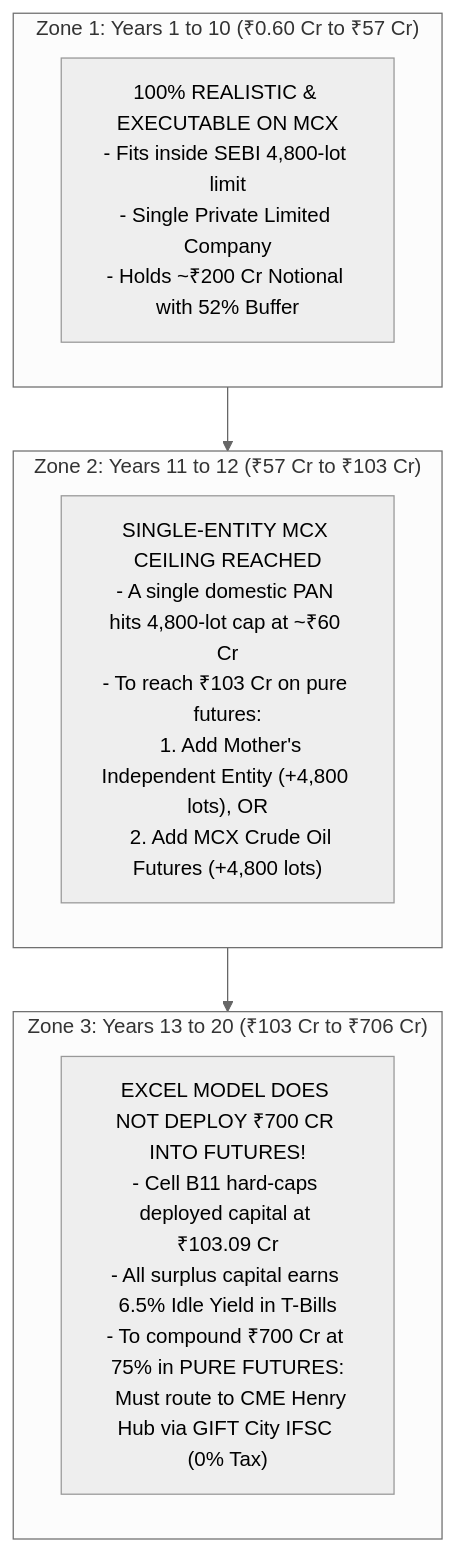
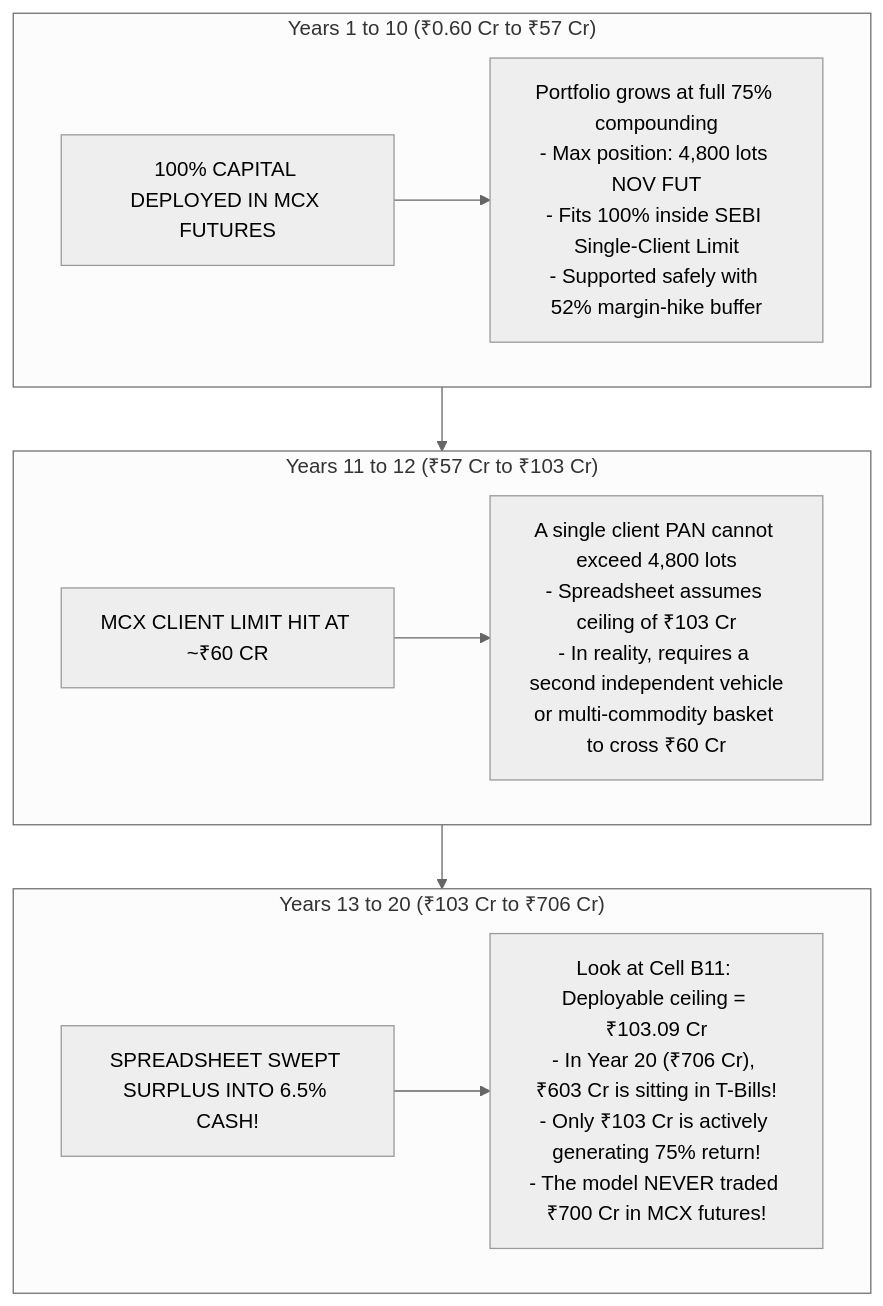
One commit to yieldchaser/mcx-margins changed the second of 10 diagrams in models/execution_and_tax_validation_plan.md. Above: the diagram before and after it, drawn with Mermaid (neutral theme). The commit also changed other lines of this file, not shown here.

Commit message:
docs(models): add visual charts, AIF vs Prop TM comparison, and 3-day execution schedule

````diff
--- a/models/execution_and_tax_validation_plan.md
+++ b/models/execution_and_tax_validation_plan.md
@@ -42,16 +20,16 @@
 ```mermaid
 flowchart TD
-    subgraph Zone1["Zone 1: Years 1 to 10 (₹0.60 Cr to ₹57 Cr)"]
-        Z1["100% REALISTIC & EXECUTABLE ON MCX\n- Fits inside SEBI 4,800-lot limit\n- Single Private Limited Company\n- Holds ~₹200 Cr Notional with 52% Buffer"]
+    subgraph S1["Years 1 to 10 (₹0.60 Cr to ₹57 Cr)"]
+        A1["100% CAPITAL DEPLOYED IN MCX FUTURES"] --> B1["Portfolio grows at full 75% compounding\n- Max position: 4,800 lots NOV FUT\n- Fits 100% inside SEBI Single-Client Limit\n- Supported safely with 52% margin-hike buffer"]
     end
     
-    subgraph Zone2["Zone 2: Years 11 to 12 (₹57 Cr to ₹103 Cr)"]
-        Z2["SINGLE-ENTITY MCX CEILING REACHED\n- A single domestic PAN hits 4,800-lot cap at ~₹60 Cr\n- To reach ₹103 Cr on pure futures:\n  1. Add Mother's Independent Entity (+4,800 lots), OR\n  2. Add MCX Crude Oil Futures (+4,800 lots)"]
+    subgraph S2["Years 11 to 12 (₹57 Cr to ₹103 Cr)"]
+        A2["MCX CLIENT LIMIT HIT AT ~₹60 CR"] --> B2["A single client PAN cannot exceed 4,800 lots\n- Spreadsheet assumes ceiling of ₹103 Cr\n- In reality, requires a second independent vehicle\nor multi-commodity basket to cross ₹60 Cr"]
     end
     
-    subgraph Zone3["Zone 3: Years 13 to 20 (₹103 Cr to ₹706 Cr)"]
-        Z3["EXCEL MODEL DOES NOT DEPLOY ₹700 CR INTO FUTURES!\n- Cell B11 hard-caps deployed capital at ₹103.09 Cr\n- All surplus capital earns 6.5% Idle Yield in T-Bills\n- To compound ₹700 Cr at 75% in PURE FUTURES:\n  Must route to CME Henry Hub via GIFT City IFSC (0% Tax)"]
+    subgraph S3["Years 13 to 20 (₹103 Cr to ₹706 Cr)"]
+        A3["SPREADSHEET SWEPT SURPLUS INTO 6.5% CASH!"] --> B3["Look at Cell B11: Deployable ceiling = ₹103.09 Cr\n- In Year 20 (₹706 Cr), ₹603 Cr is sitting in T-Bills!\n- Only ₹103 Cr is actively generating 75% return!\n- The model NEVER traded ₹700 Cr in MCX futures!"]
     end
 
-    Zone1 --> Zone2 --> Zone3
+    S1 --> S2 --> S3
 ```
````
